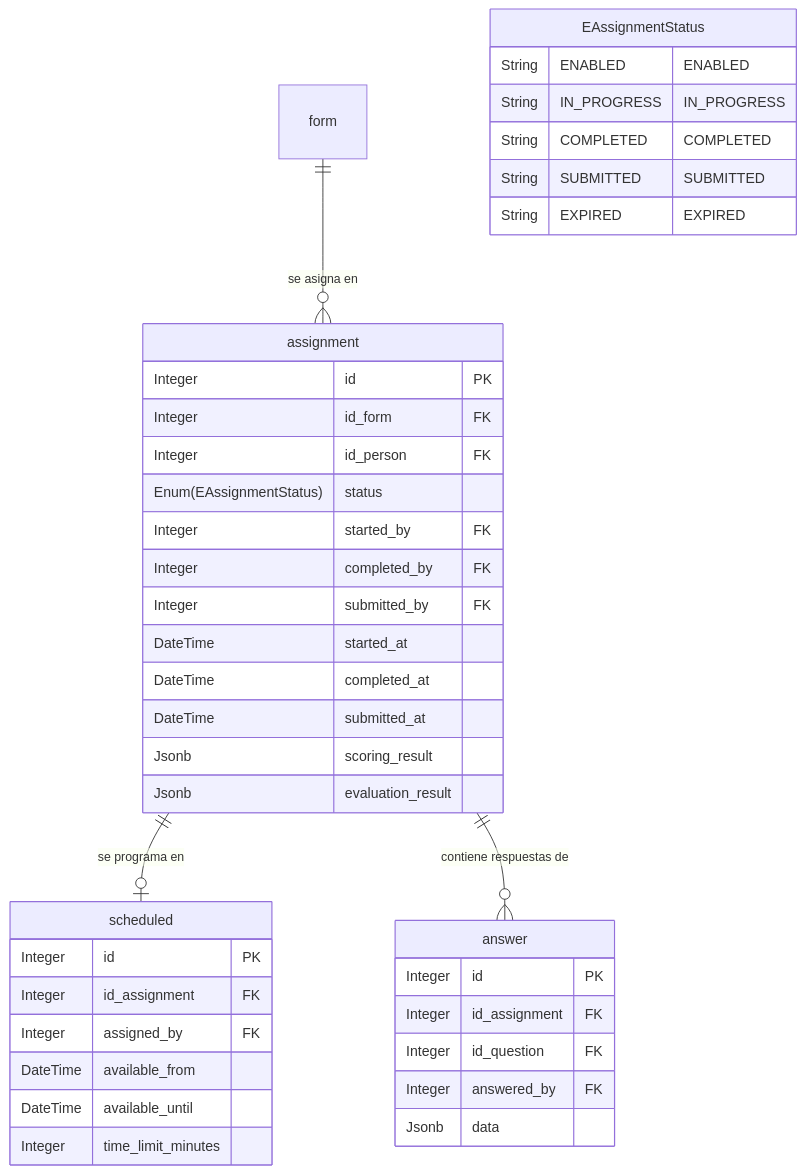
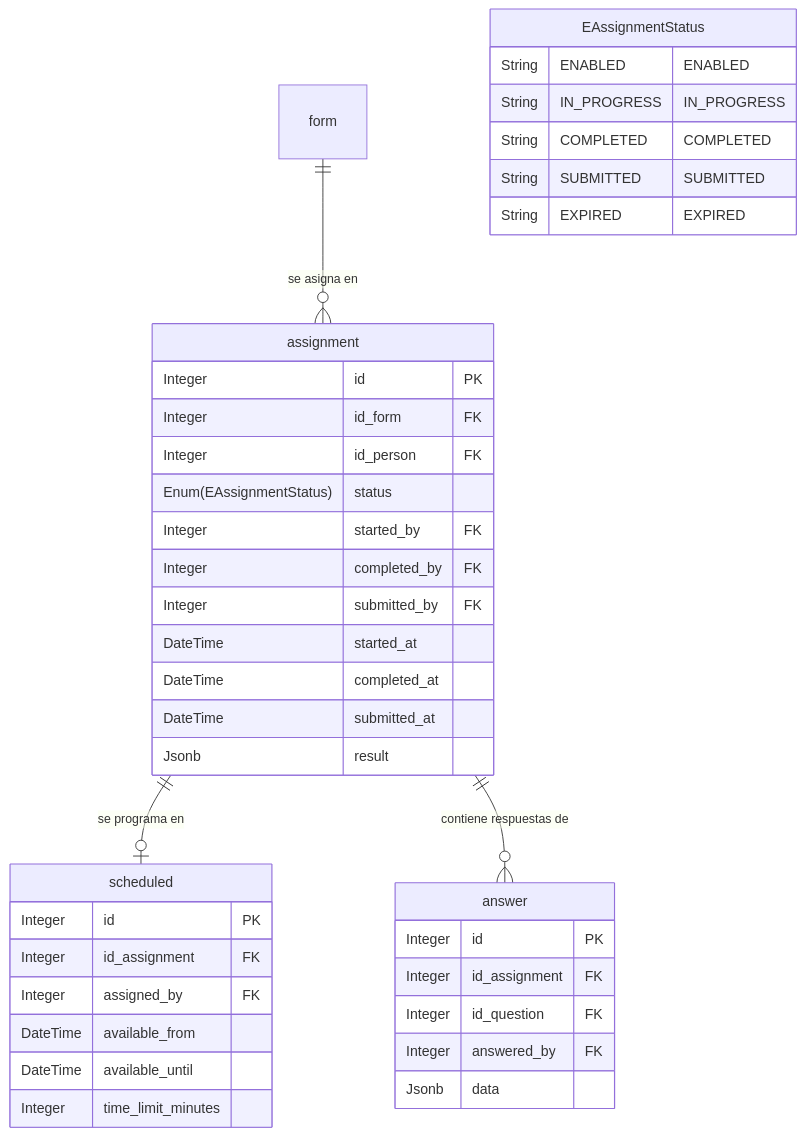
One commit to m4ck-y/dh_docs changed the diagram in features/questionnaires/responses/ERD.mmd. Above: the diagram before and after it, drawn with Mermaid. The commit also changed 32 other files, not shown here.

```diff
--- a/features/questionnaires/responses/ERD.mmd
+++ b/features/questionnaires/responses/ERD.mmd
@@ -1,107 +1,107 @@
 erDiagram
     %% ===============================================================
     %% SCHEMA form: ejecucion de cuestionarios (modelo V2: assignment
     %% como tarea/evento). Fuente de verdad: schema.sql (seccion de ejecucion).
     %% ----
     %% DECISION DE ARQUITECTURA: ASSIGNMENT COMO TAREA/EVENTO
     %% Cada reevaluacion o renovacion (manual o programada) crea una nueva
     %% fila en 'assignment'. No se usa como tabla maestra fija. El modelo V1
     %% (bd_mermaid.mmd de la referencia app_questionnaire) usaba 'response'
     %% intermedia con attempt_number y los puentes form_direct_responses /
     %% scheduled_responses; en V2 se eliminan (ver README, Diferencias V1 -> V2).
     %% ----
     %% 'form' y 'question' estan definidas en ../catalog/ERD.mmd
     %% (no se duplican bloques aqui).
     %% ----
     %% Todas las tablas heredan de BaseModel (agregados automaticamente, no se listan):
     %%   id Integer PK interno incremental, uuid UUID externo, created_at, updated_at,
     %%   deleted_at, *_by_id_user
     %% Solo se listan las columnas especificas de cada entidad.
     %% Las FK referencian el id Integer interno de la tabla destino.
     %% Las columnas *_by (started_by, completed_by, submitted_by, assigned_by,
     %% answered_by) son FK a la entidad de usuarios (otro schema); no se
     %% dibuja la relacion aqui.
     %% ===============================================================
 
     %% ============ RELACIONES ============
     %% o{ = cero o muchos: un form del catalogo puede existir sin asignaciones.
     form ||--o{ assignment : "se asigna en"
     %% o| = cero o uno: solo si un profesional programo el cuestionario; el flujo
     %% directo (paciente auto-contesta) no tiene scheduled.
     assignment ||--o| scheduled : "se programa en"
     %% o{ = cero o muchos: una assignment ENABLED (accion "Iniciar") aun no
     %% tiene respuestas.
     assignment ||--o{ answer : "contiene respuestas de"
 
     %% ============ ENUMS ============
     %% EAssignmentStatus: ciclo de vida de la tarea (CREATE TYPE en schema.sql).
     %% ENABLED      -> Front: "Cuestionario disponible" | Accion: Iniciar
     %% IN_PROGRESS  -> Front: "Continuar cuestionario" | Accion: Continuar
     %% COMPLETED    -> Front: "Revisa tus respuestas antes de enviar" | Accion: Enviar / Editar
     %% SUBMITTED    -> Front: "Cuestionario enviado" | Accion: Ver resumen/resultados (solo lectura)
     %% EXPIRED      -> Front: "El cuestionario vencio" | Accion: Ver respuestas incompletas (solo lectura)
     %% Nota V2: el estado DISABLED del modelo V1 se omite a proposito; una asignacion
     %% deshabilitada se representa con soft-delete (deleted_at de BaseModel).
     EAssignmentStatus {
         String ENABLED "ENABLED"
         String IN_PROGRESS "IN_PROGRESS"
         String COMPLETED "COMPLETED"
         String SUBMITTED "SUBMITTED"
         String EXPIRED "EXPIRED"
     }
 
     %% ============ ENTIDADES ============
     assignment {
         %% id_person: persona/entidad a quien se asigna el form
         %% (puede diferir de quien responde, ver answer.answered_by)
         Integer id PK
         Integer id_form FK
         Integer id_person FK
         Enum(EAssignmentStatus) status
         %% Trazabilidad y auditoria de la sesion completa (FK a usuarios)
         Integer started_by FK
         Integer completed_by FK
         Integer submitted_by FK
         DateTime started_at
         DateTime completed_at
         DateTime submitted_at
         %% Resultado definitivo de ESTA assignment. No es cache: como cada
         %% assignment es un evento unico, el resultado le pertenece.
-        Jsonb scoring_result
-        Jsonb evaluation_result
+        %% Envelope {scoring?, evaluation?, subscales?}; cada valor {value, type}.
+        Jsonb result
         %% Nota V2: n_questions_total / n_questions_answered del modelo V1 NO se
         %% persisten; el progreso se calcula al vuelo desde answer.
     }
 
     %% Ventana de disponibilidad temporal para cuestionarios programados.
     %% Solo existe si un profesional programo el cuestionario: en flujos
     %% directos (paciente auto-contesta) NO hay 'scheduled'.
     scheduled {
         Integer id PK
         Integer id_assignment FK
         %% Referencia al usuario (medico/enfermera/admin/sistema) que programo.
         %% No es un enum: es un FK a la entidad de usuarios.
         Integer assigned_by FK
         DateTime available_from
         DateTime available_until
         Integer time_limit_minutes
     }
 
     %% ===============================================================
     %% DECISION DE ARQUITECTURA: TRAZABILIDAD POR PREGUNTA
     %% 'answered_by' vive en cada answer individual para auditar
     %% si una pregunta especifica la respondio el medico, tutor o paciente.
     %% ===============================================================
     answer {
         Integer id PK
         Integer id_assignment FK
         Integer id_question FK
         %% Referencia al usuario que ingreso esta respuesta puntual.
         %% Permite auditar si la contesto el medico, tutor o paciente.
         %% No es un enum: es un FK a la entidad de usuarios.
         Integer answered_by FK
         %% data: JSONB normalizado {value, type} (CHECK en schema.sql).
         %% Mismos campos que un const del AST; type: number|string|boolean|
         %% date|datetime|duration|array_*. Las opciones guardan option.value numerico.
         Jsonb data
     }
```
